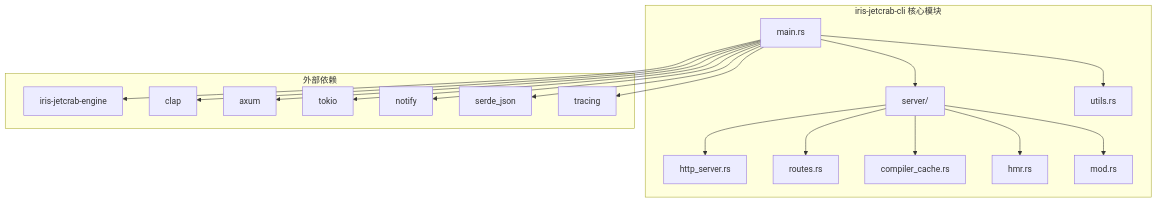
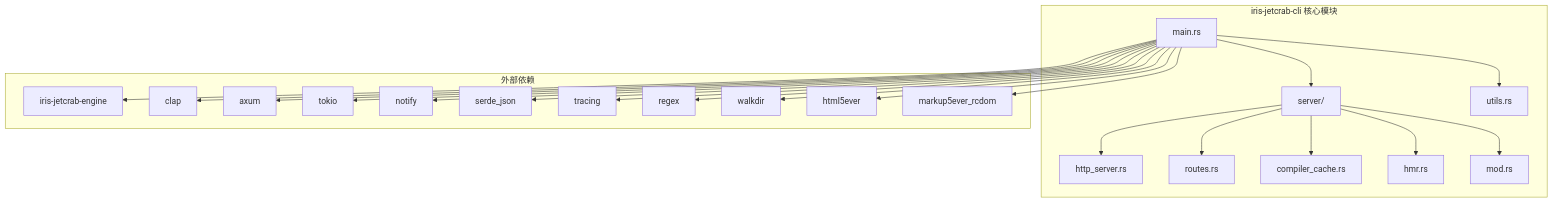
Before and after one commit to itszzl-sudo/iris: the first of 10 diagrams in .qoder/repowiki/zh/content/核心功能特性/Iris JetCrab CLI工具.md, drawn with Mermaid. The commit also changed other lines of this file and 63 other files, not shown here.

````diff
--- a/.qoder/repowiki/zh/content/核心功能特性/Iris JetCrab CLI工具.md
+++ b/.qoder/repowiki/zh/content/核心功能特性/Iris JetCrab CLI工具.md
@@ -57,28 +58,36 @@
 ```mermaid
 graph TB
 subgraph "iris-jetcrab-cli 核心模块"
 A[main.rs] --> B[server/]
 A --> C[utils.rs]
 B --> B1[http_server.rs]
 B --> B2[routes.rs]
 B --> B3[compiler_cache.rs]
 B --> B4[hmr.rs]
 B --> B5[mod.rs]
 end
 subgraph "外部依赖"
 D[iris-jetcrab-engine]
 E[clap]
 F[axum]
 G[tokio]
 H[notify]
 I[serde_json]
 J[tracing]
+K[regex]
+L[walkdir]
+M[html5ever]
+N[markup5ever_rcdom]
 end
 A --> D
 A --> E
 A --> F
 A --> G
 A --> H
 A --> I
 A --> J
+A --> K
+A --> L
+A --> M
+A --> N
 ```
````
